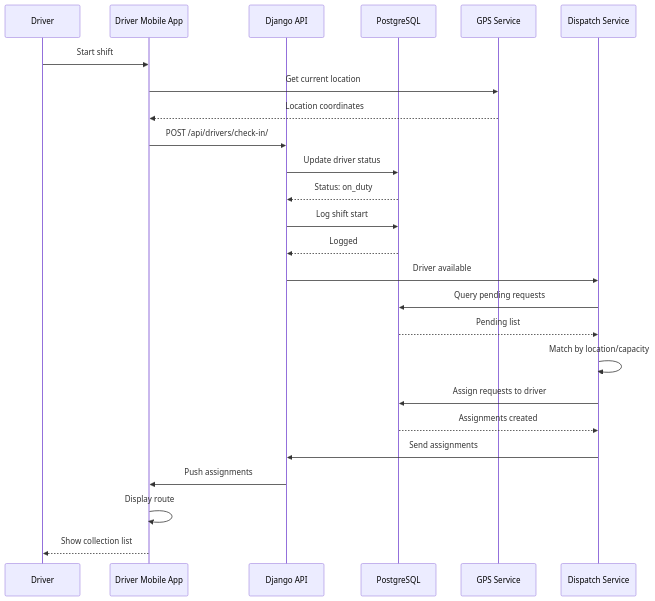
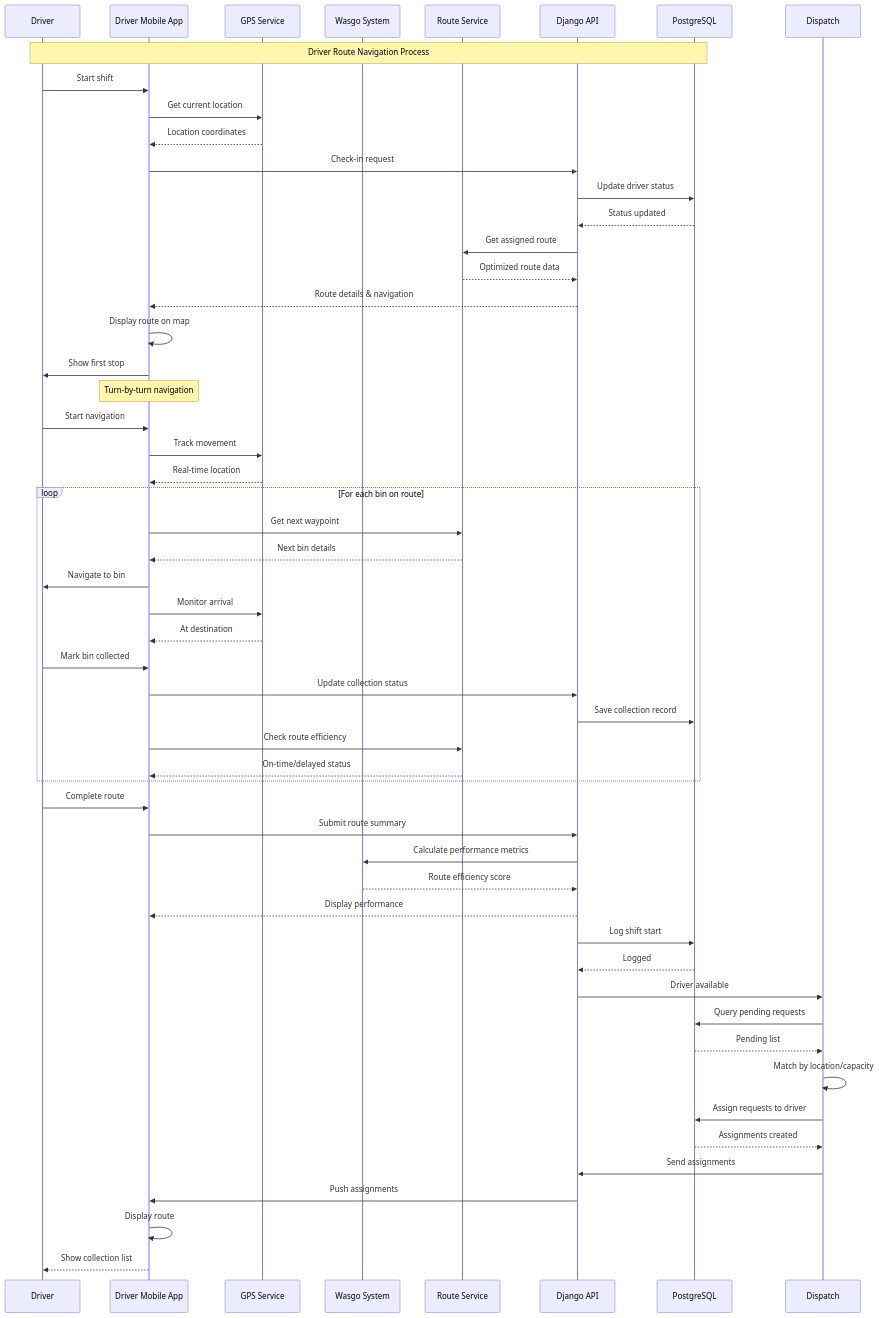
One commit to Ellis-Ayikwei/waste-wise changed the fifth of 12 diagrams in documentation/diagrams/sequence-diagrams.md. Above: the diagram before and after it, drawn with Mermaid. The commit also changed other lines of this file and 4 other files, not shown here.

````diff
--- a/documentation/diagrams/sequence-diagrams.md
+++ b/documentation/diagrams/sequence-diagrams.md
@@ -186,33 +239,73 @@
 ```mermaid
 sequenceDiagram
     participant Driver as Driver
     participant App as Driver Mobile App
+    participant GPS as GPS Service
+    participant System as Wasgo System
+    participant Route as Route Service
     participant API as Django API
     participant DB as PostgreSQL
-    participant GPS as GPS Service
-    participant Dispatch as Dispatch Service
 
+    Note over Driver,DB: Driver Route Navigation Process
+
+    %% Driver Check-in
     Driver->>App: Start shift
     App->>GPS: Get current location
     GPS-->>App: Location coordinates
     
-    App->>API: POST /api/drivers/check-in/
+    App->>API: Check-in request
     API->>DB: Update driver status
-    DB-->>API: Status: on_duty
+    DB-->>API: Status updated
+    API->>Route: Get assigned route
+    Route-->>API: Optimized route data
+    API-->>App: Route details & navigation
+    
+    %% Start Navigation
+    App->>App: Display route on map
+    App->>Driver: Show first stop
+    Note over App: Turn-by-turn navigation
+    
+    Driver->>App: Start navigation
+    App->>GPS: Track movement
+    GPS-->>App: Real-time location
+    
+    %% Route Progress
+    loop For each bin on route
+        App->>Route: Get next waypoint
+        Route-->>App: Next bin details
+        App->>Driver: Navigate to bin
+        
+        App->>GPS: Monitor arrival
+        GPS-->>App: At destination
+        
+        Driver->>App: Mark bin collected
+        App->>API: Update collection status
+        API->>DB: Save collection record
+        
+        App->>Route: Check route efficiency
+        Route-->>App: On-time/delayed status
+    end
+    
+    %% Route Completion
+    Driver->>App: Complete route
+    App->>API: Submit route summary
+    API->>System: Calculate performance metrics
+    System-->>API: Route efficiency score
+    API-->>App: Display performance
     
     API->>DB: Log shift start
     DB-->>API: Logged
     
     API->>Dispatch: Driver available
     Dispatch->>DB: Query pending requests
     DB-->>Dispatch: Pending list
     
     Dispatch->>Dispatch: Match by location/capacity
     Dispatch->>DB: Assign requests to driver
     DB-->>Dispatch: Assignments created
     
     Dispatch->>API: Send assignments
     API->>App: Push assignments
     App->>App: Display route
     App-->>Driver: Show collection list
 ```
````
